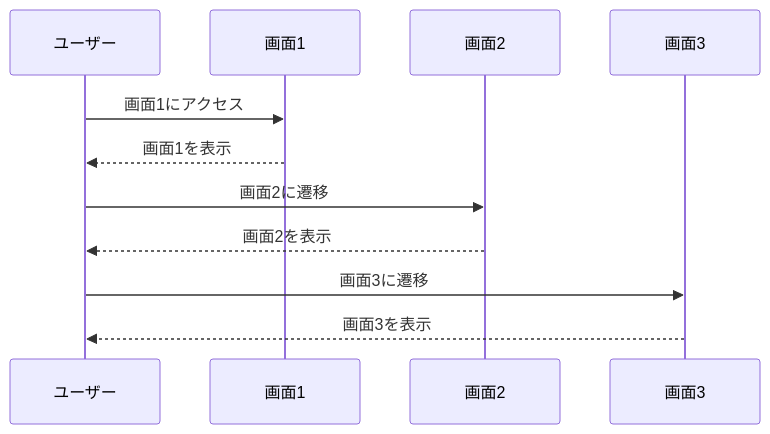
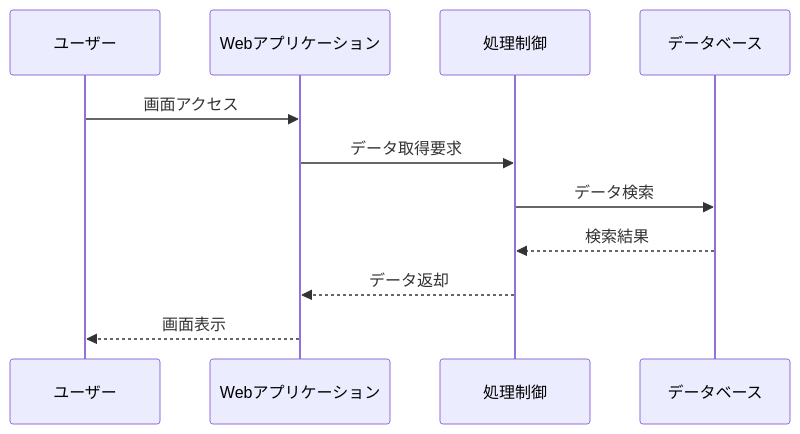
Before and after one commit to MasaruFukazawa/designdocs-sample.fukazawasoftwaredevelopment.com: the second of 8 diagrams in docs/design/source/mermaid-sample.rst, drawn with Mermaid. The commit also changed other lines of this file and 8 other files, not shown here.

First line of the commit message:
feat: Mermaidルール統一とサンプルダイアグラム修正

```diff
--- a/docs/design/source/mermaid-sample.rst
+++ b/docs/design/source/mermaid-sample.rst
@@ -24,14 +24,14 @@
 .. mermaid::
 
     sequenceDiagram
         participant User as ユーザー
-        participant Screen1 as 画面1
-        participant Screen2 as 画面2
-        participant Screen3 as 画面3
+        participant WebApp as Webアプリケーション
+        participant Service as 処理制御
+        participant DB as データベース
 
-        User->>Screen1: 画面1にアクセス
-        Screen1-->>User: 画面1を表示
-        User->>Screen2: 画面2に遷移
-        Screen2-->>User: 画面2を表示
-        User->>Screen3: 画面3に遷移
-        Screen3-->>User: 画面3を表示
+        User->>WebApp: 画面アクセス
+        WebApp->>Service: データ取得要求
+        Service->>DB: データ検索
+        DB-->>Service: 検索結果
+        Service-->>WebApp: データ返却
+        WebApp-->>User: 画面表示
```
